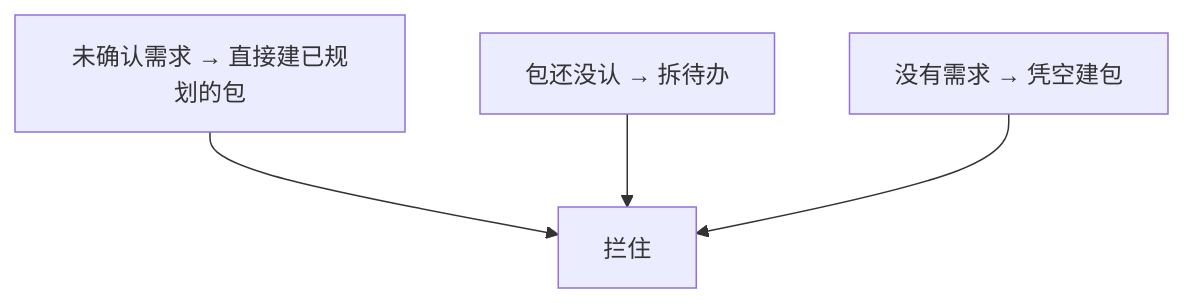
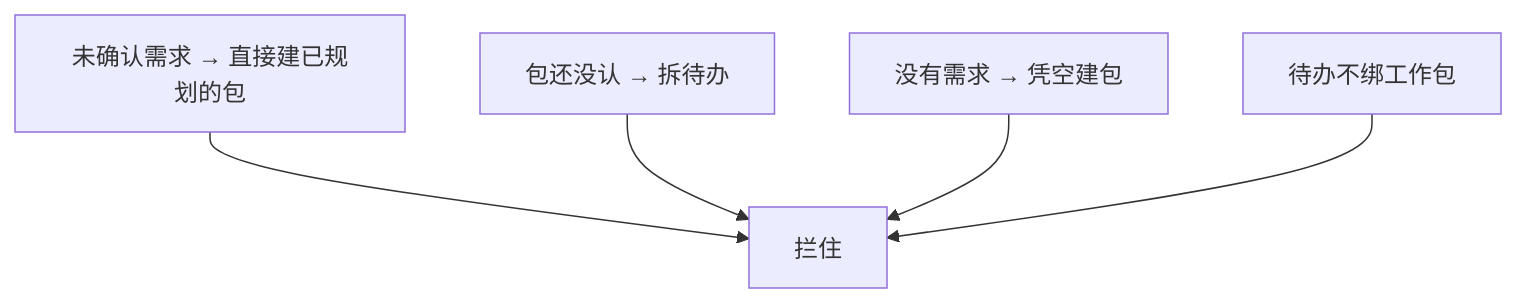
The fourth of 4 diagrams in examples/05-确认需求和工作包.md (qiusuo0226/chrono-pm-skill), drawn with Mermaid before and after one commit. The commit also changed other lines of this file and 6 other files, not shown here.

Commit message:
3.12.0 节点5：示例、模块流程图、README同步

````diff
--- a/examples/05-确认需求和工作包.md
+++ b/examples/05-确认需求和工作包.md
@@ -105,6 +105,7 @@
 ```mermaid
 flowchart TB
     X1["未确认需求 → 直接建已规划的包"] --> NO["拦住"]
     X2["包还没认 → 拆待办"] --> NO
     X3["没有需求 → 凭空建包"] --> NO
+    X4["待办不绑工作包"] --> NO
 ```
````
